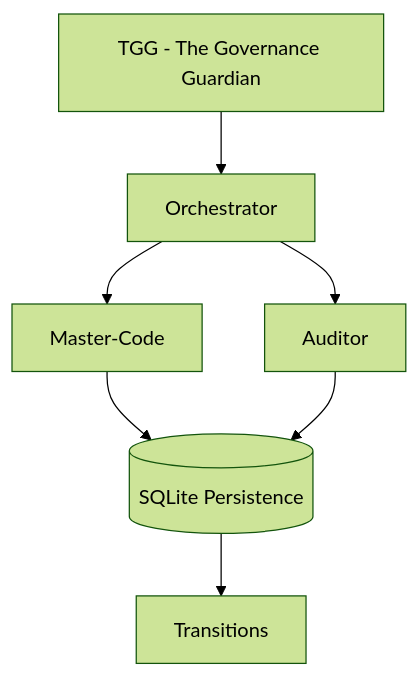
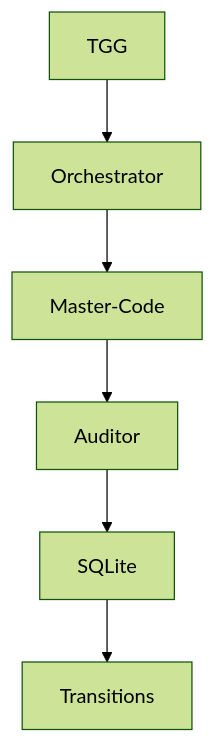
Before and after one commit to lordmahonheim-bot/Tesla-Antigravity-CLI: the diagram in 28-Loop-Engineering/README.md, drawn with Mermaid (forest theme). The commit also changed other lines of this file and 4 other files, not shown here.

Commit message:
docs(mvp-28): final integration README, architecture diagrams, test scenarios

````diff
--- a/28-Loop-Engineering/README.md
+++ b/28-Loop-Engineering/README.md
@@ -7,9 +7,8 @@
 ```mermaid
 flowchart TD
-    TGG[TGG - The Governance Guardian] --> Orch[Orchestrator]
+    TGG[TGG] --> Orch[Orchestrator]
     Orch --> MC[Master-Code]
-    Orch --> Auditor[Auditor]
-    MC --> SQLite[(SQLite Persistence)]
-    Auditor --> SQLite
-    SQLite --> Trans[Transitions]
+    MC --> Aud[Auditor]
+    Aud --> SQ[SQLite]
+    SQ --> Trans[Transitions]
 ```
````
